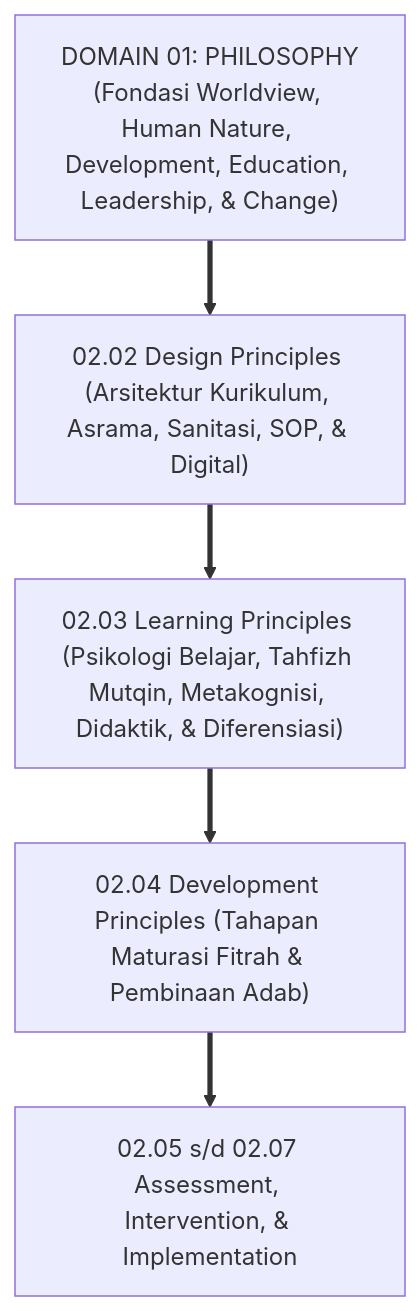
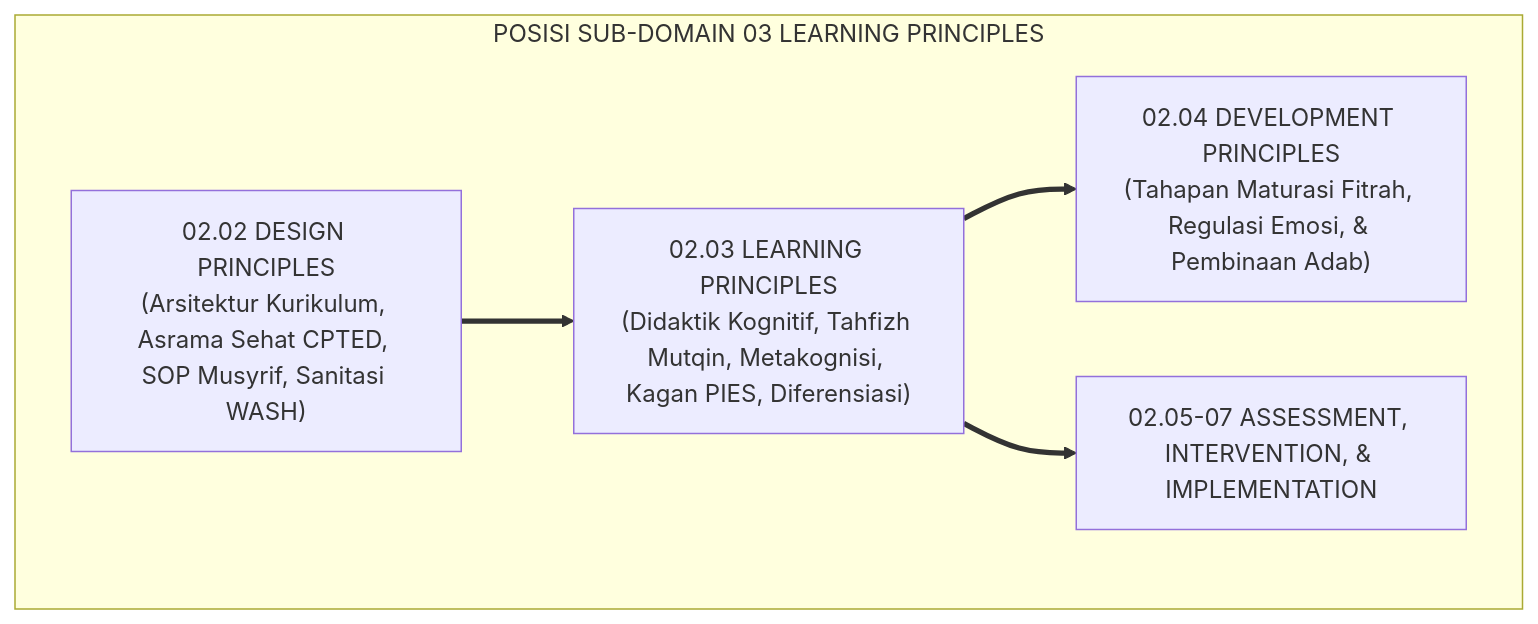
One commit to wandiapriliyandi/tumbuh changed the first of 3 diagrams in 02 Principles/03 Learning Principles/P2-03-Prinsip-Psikologi-Belajar-TUMBUH.md. Above: the diagram before and after it, drawn with Mermaid. The commit also changed other lines of this file and 6 other files, not shown here.

Commit message:
docs(principles): reconstruct all 03 Learning Principles monographs to pure academic standard

````diff
--- a/02 Principles/03 Learning Principles/P2-03-Prinsip-Psikologi-Belajar-TUMBUH.md
+++ b/02 Principles/03 Learning Principles/P2-03-Prinsip-Psikologi-Belajar-TUMBUH.md
@@ -49,11 +54,10 @@
 ```mermaid
-graph TD
-    D1["DOMAIN 01: PHILOSOPHY<br/>(Fondasi Worldview, Human Nature, Development, Education, Leadership, & Change)"]
-    ==> D2_02["02.02 Design Principles (Arsitektur Kurikulum, Asrama, Sanitasi, SOP, & Digital)"]
-    
-    D2_02 ==> D2_03["02.03 Learning Principles (Psikologi Belajar, Tahfizh Mutqin, Metakognisi, Didaktik, & Diferensiasi)"]
-    
-    D2_03 ==> D2_04["02.04 Development Principles (Tahapan Maturasi Fitrah & Pembinaan Adab)"]
-    
-    D2_04 ==> D2_Others["02.05 s/d 02.07 Assessment, Intervention, & Implementation"]
+flowchart TD
+    subgraph PosisiLearningPrinciplesTUMBUH["POSISI SUB-DOMAIN 03 LEARNING PRINCIPLES"]
+        D2_02["02.02 DESIGN PRINCIPLES<br/>(Arsitektur Kurikulum, Asrama Sehat CPTED, SOP Musyrif, Sanitasi WASH)"]
+        ==> D2_03["02.03 LEARNING PRINCIPLES<br/>(Didaktik Kognitif, Tahfizh Mutqin, Metakognisi, Kagan PIES, Diferensiasi)"]
+        
+        D2_03 ==> D2_04["02.04 DEVELOPMENT PRINCIPLES<br/>(Tahapan Maturasi Fitrah, Regulasi Emosi, & Pembinaan Adab)"]
+        D2_03 ==> D2_05["02.05-07 ASSESSMENT, INTERVENTION, & IMPLEMENTATION"]
+    end
 ```
````
